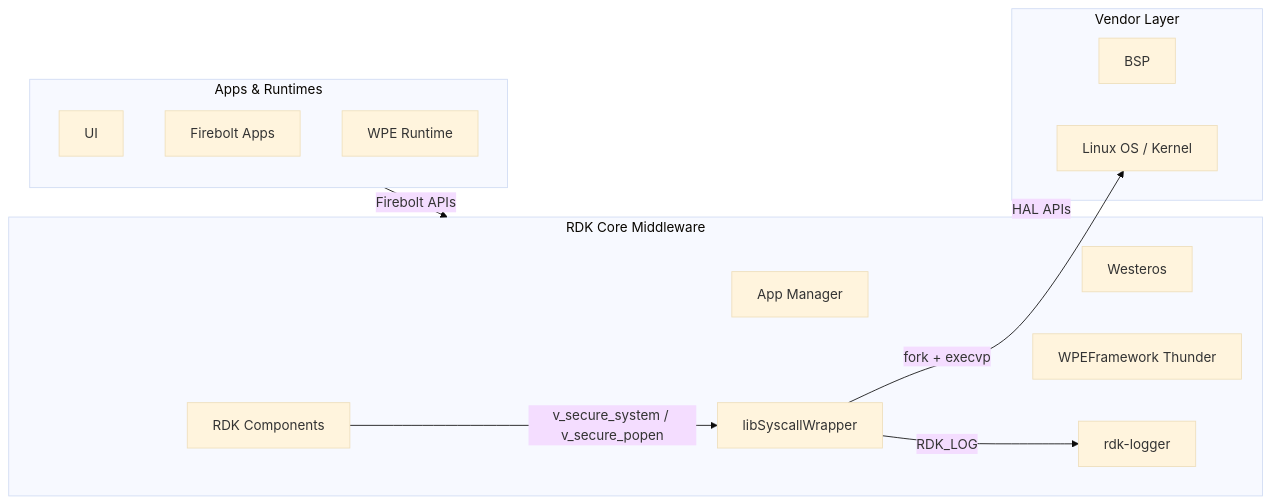
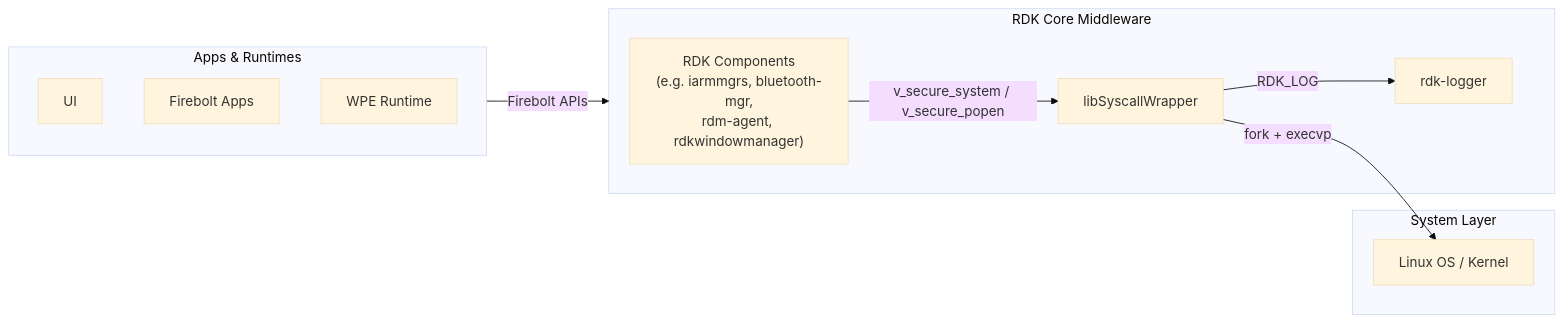
One commit to rns21/RDK_Documentation changed the first of 7 diagrams in docs/docu/RDKV-Documentations/libsyscallwrapper.md. Above: the diagram before and after it, drawn with Mermaid (base theme). The commit also changed other lines of this file, not shown here.

Commit message:
fixed peer review comments

````diff
--- a/docs/docu/RDKV-Documentations/libsyscallwrapper.md
+++ b/docs/docu/RDKV-Documentations/libsyscallwrapper.md
@@ -9,37 +9,28 @@
 ```mermaid
 flowchart LR
 
-%% Styles
-classDef Apps stroke:#00B9F1,fill:#E6F7FD,stroke-width:2px;
-classDef RDKMW stroke:#75D701,fill:#F1FFE6,stroke-width:2px;
-classDef VL stroke:#808080,fill:#F2F2F2,stroke-width:2px;
+classDef Apps stroke:#00B9F1,fill:#E6F7FD,stroke-width:2px
+classDef RDKMW stroke:#75D701,fill:#F1FFE6,stroke-width:2px
+classDef VL stroke:#808080,fill:#F2F2F2,stroke-width:2px
 
-%% Apps Layer
     subgraph Apps["Apps & Runtimes"]
         RDKUI["UI"]
         FBApps["Firebolt Apps"]
         WPE_RT["WPE Runtime"]
     end
 
-%% Middleware
     subgraph RDKMW["RDK Core Middleware"]
-        AM["App Manager"]
-        Westeros["Westeros"]
-        Thunder["WPEFramework Thunder"]
+        RDKComp["RDK Components\n(e.g. iarmmgrs, bluetooth-mgr,\nrdm-agent, rdkwindowmanager)"]
         LSW["libSyscallWrapper"]
-        RDKComp["RDK Components"]
         RDKLog["rdk-logger"]
     end
 
-%% Vendor Layer
-    subgraph VL["Vendor Layer"]
-        BSP["BSP"]
+    subgraph VL["System Layer"]
         OS["Linux OS / Kernel"]
     end
 
     Apps -->|Firebolt APIs| RDKMW
     RDKComp -->|v_secure_system / v_secure_popen| LSW
     LSW -->|fork + execvp| OS
     LSW -->|RDK_LOG| RDKLog
-    RDKMW -->|HAL APIs| VL
 ```
````
